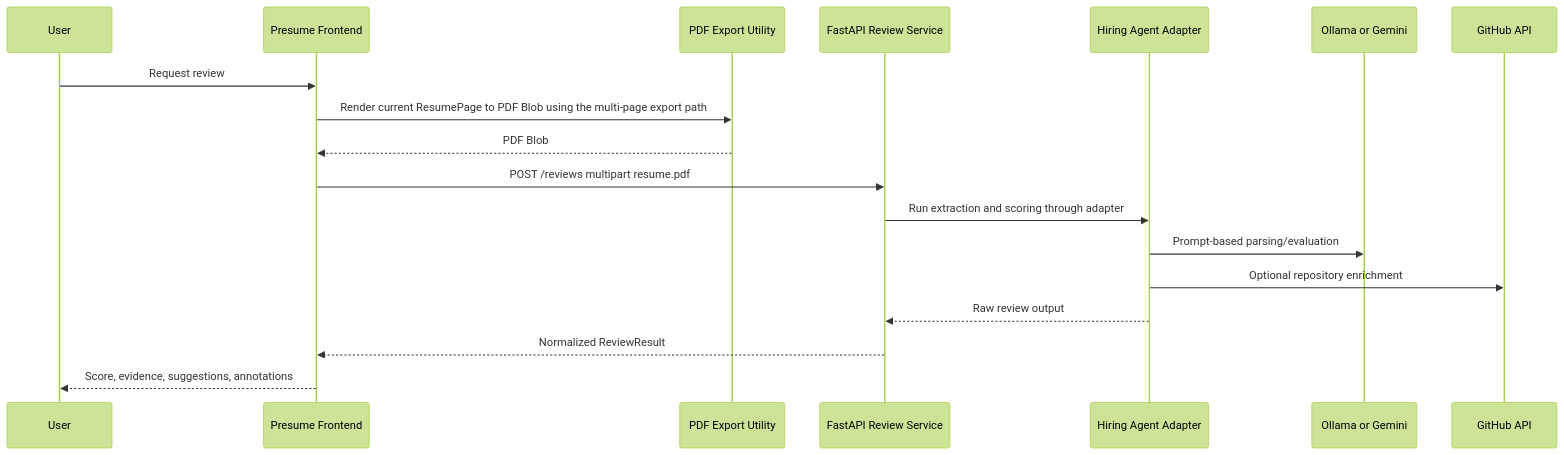
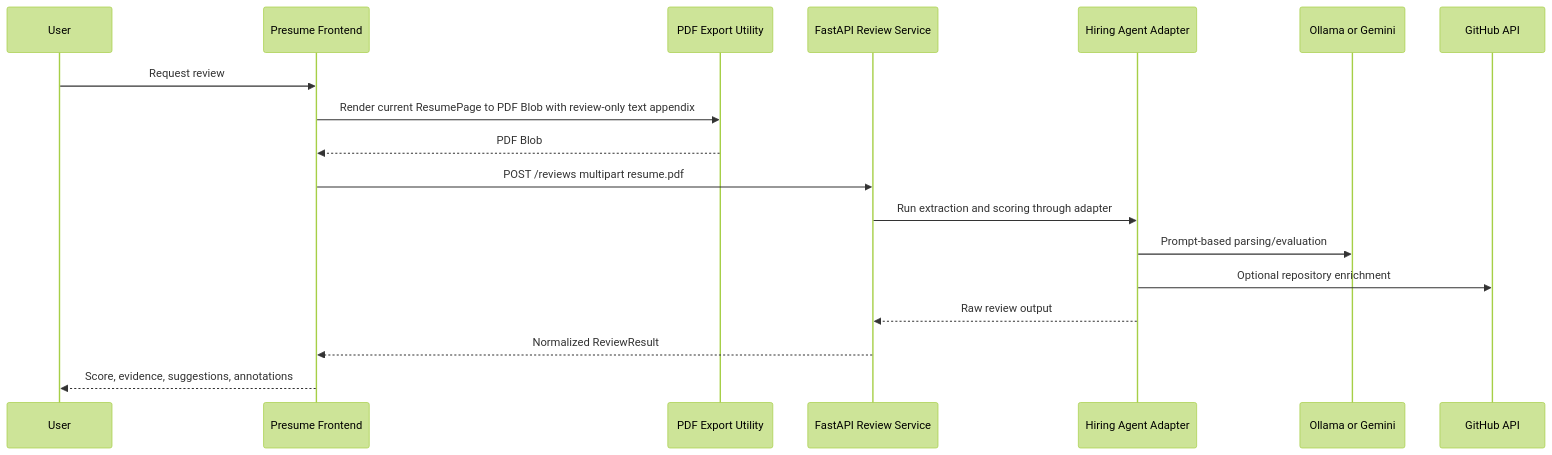
One commit to nikolaisalazar/presume changed the second of 2 diagrams in docs/ARCHITECTURE.md. Above: the diagram before and after it, drawn with Mermaid (forest theme). The commit also changed other lines of this file and 8 other files, not shown here.

Commit message:
Harden review PDF text extraction

````diff
--- a/docs/ARCHITECTURE.md
+++ b/docs/ARCHITECTURE.md
@@ -106,21 +111,21 @@
 ```mermaid
 sequenceDiagram
   participant User
   participant UI as Presume Frontend
   participant PDF as PDF Export Utility
   participant API as FastAPI Review Service
   participant HA as Hiring Agent Adapter
   participant LLM as Ollama or Gemini
   participant GH as GitHub API
 
   User->>UI: Request review
-  UI->>PDF: Render current ResumePage to PDF Blob using the multi-page export path
+  UI->>PDF: Render current ResumePage to PDF Blob with review-only text appendix
   PDF-->>UI: PDF Blob
   UI->>API: POST /reviews multipart resume.pdf
   API->>HA: Run extraction and scoring through adapter
   HA->>LLM: Prompt-based parsing/evaluation
   HA->>GH: Optional repository enrichment
   HA-->>API: Raw review output
   API-->>UI: Normalized ReviewResult
   UI-->>User: Score, evidence, suggestions, annotations
 ```
````
